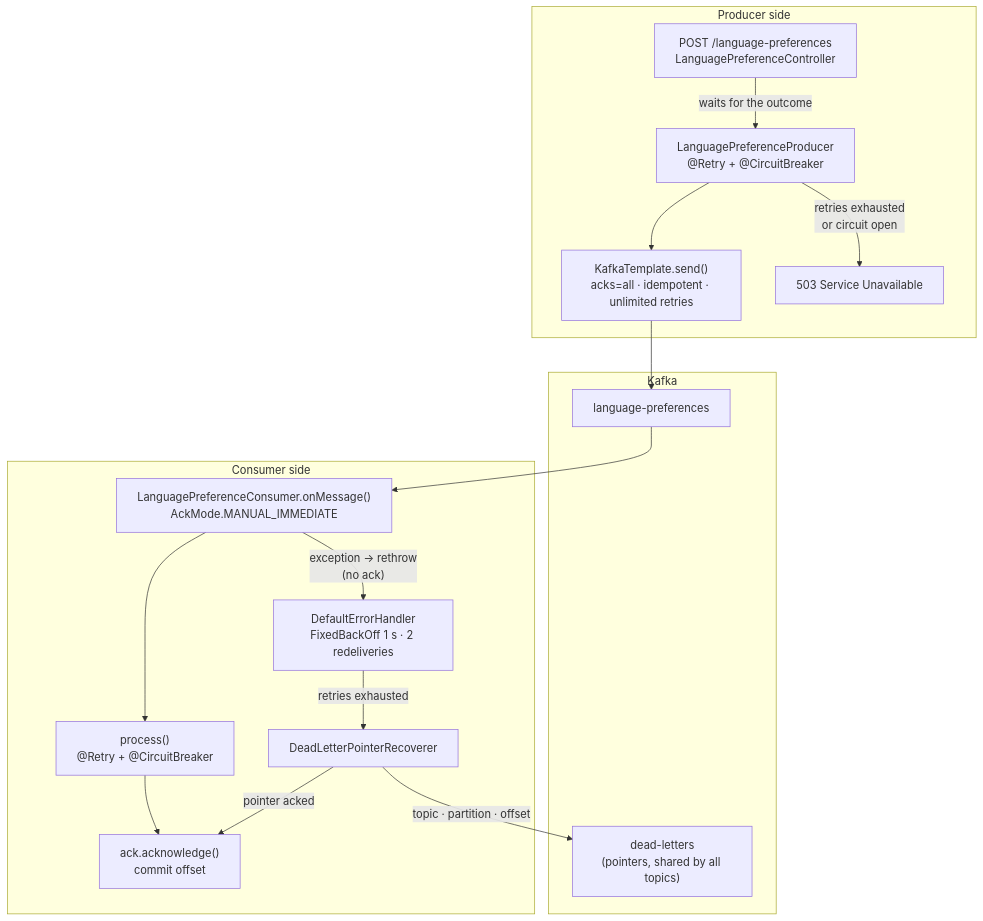
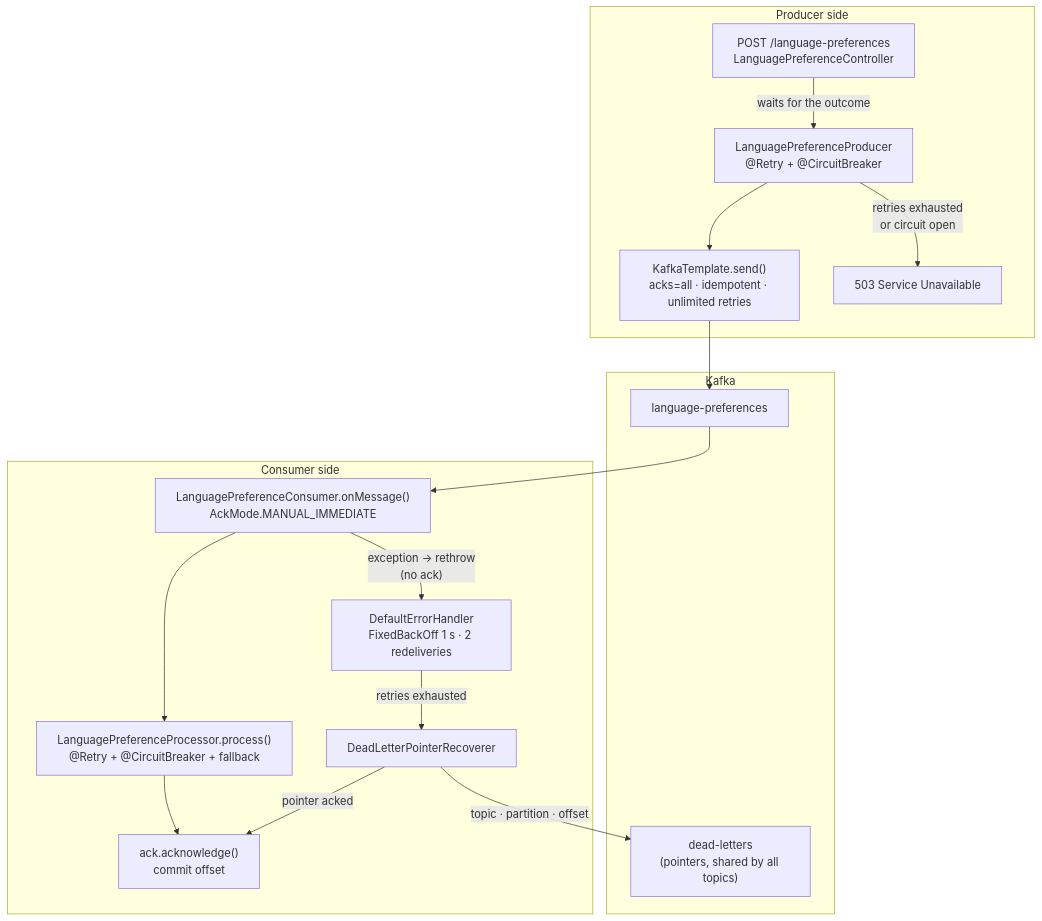
One commit to bhanafee/KafkaGuaranteesLab changed the first of 4 diagrams in README.md. Above: the diagram before and after it, drawn with Mermaid. The commit also changed other lines of this file and 9 other files, not shown here.

````diff
--- a/README.md
+++ b/README.md
@@ -190,37 +196,37 @@
 ```mermaid
 flowchart TD
     subgraph Producer["Producer side"]
         CTRL["POST /language-preferences<br/>LanguagePreferenceController"]
         PROD["LanguagePreferenceProducer<br/>@Retry + @CircuitBreaker"]
         KT["KafkaTemplate.send()<br/>acks=all · idempotent · unlimited retries"]
         FAIL["503 Service Unavailable"]
 
         CTRL -->|"waits for the outcome"| PROD
         PROD --> KT
         PROD -->|"retries exhausted<br/>or circuit open"| FAIL
     end
 
     subgraph Kafka["Kafka"]
         TOPIC["language-preferences"]
         DLT["dead-letters<br/>(pointers, shared by all topics)"]
     end
 
     subgraph Consumer["Consumer side"]
         CONS["LanguagePreferenceConsumer.onMessage()<br/>AckMode.MANUAL_IMMEDIATE"]
-        PROC["process()<br/>@Retry + @CircuitBreaker"]
+        PROC["LanguagePreferenceProcessor.process()<br/>@Retry + @CircuitBreaker + fallback"]
         ACK["ack.acknowledge()<br/>commit offset"]
         EH["DefaultErrorHandler<br/>FixedBackOff 1 s · 2 redeliveries"]
         REC["DeadLetterPointerRecoverer"]
 
         CONS --> PROC
         PROC --> ACK
         CONS -->|"exception → rethrow<br/>(no ack)"| EH
         EH -->|"retries exhausted"| REC
         REC -->|"pointer acked"| ACK
     end
 
     REC -->|"topic · partition · offset"| DLT
 
     KT --> TOPIC
     TOPIC --> CONS
 ```
````
